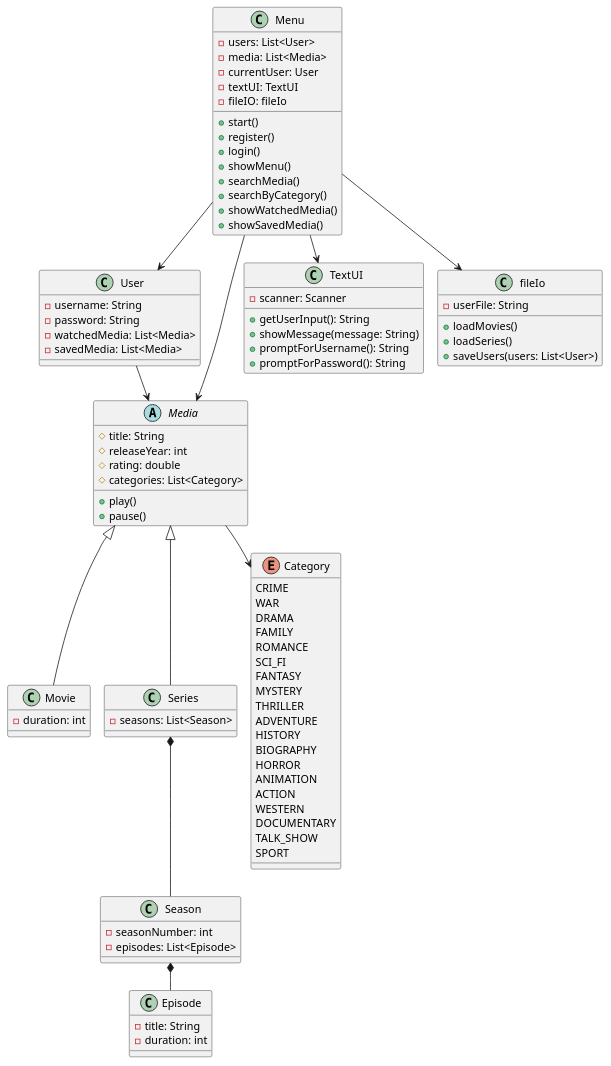
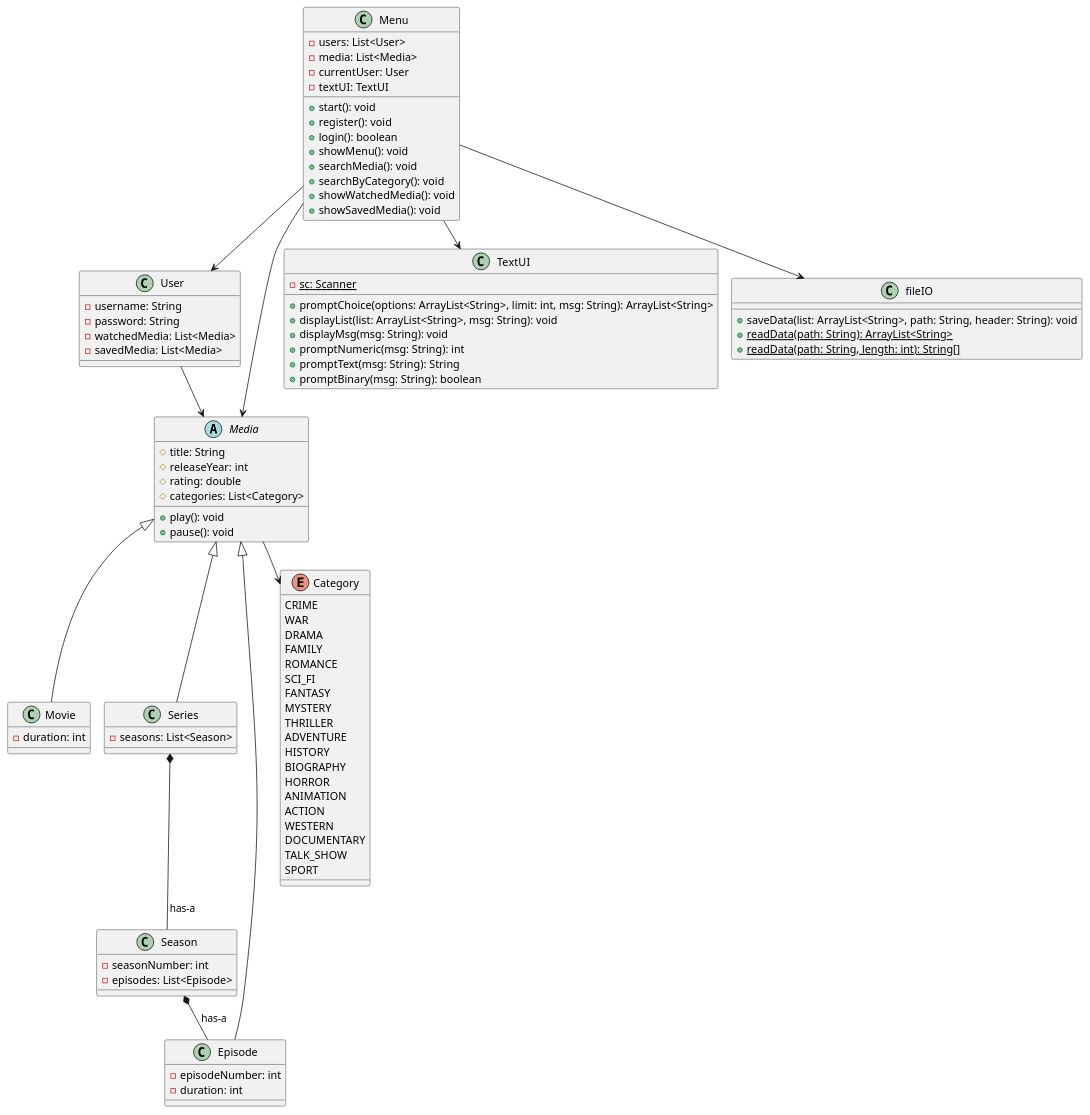
Before and after one commit to daud0095/DAT-1.-semester---SP3-en-streamingtjeneste: the diagram in doc/static/Klassediagramv2.puml, drawn with PlantUML. The commit also changed 2 other files, not shown here.

Commit message:
klassediagram

```diff
--- a/doc/static/Klassediagramv2.puml
+++ b/doc/static/Klassediagramv2.puml
@@ -1,109 +1,113 @@
 @startuml
 !pragma layout smetana
 
 class User {
   - username: String
   - password: String
   - watchedMedia: List<Media>
   - savedMedia: List<Media>
 }
 
 abstract class Media {
   # title: String
   # releaseYear: int
   # rating: double
   # categories: List<Category>
-  + play()
-  +pause()
+  + play(): void
+  +pause(): void
 }
 
 class Movie {
   - duration: int
 }
 
 class Series {
   - seasons: List<Season>
 }
 
 class Season {
   - seasonNumber: int
   - episodes: List<Episode>
 }
 
 class Episode {
-  - title: String
+  - episodeNumber: int
   - duration: int
 }
 
 enum Category {
  CRIME
  WAR
  DRAMA
  FAMILY
  ROMANCE
  SCI_FI
  FANTASY
  MYSTERY
  THRILLER
  ADVENTURE
  HISTORY
  BIOGRAPHY
  HORROR
  ANIMATION
  ACTION
  WESTERN
  DOCUMENTARY
  TALK_SHOW
  SPORT
 }
 
 class Menu {
   - users: List<User>
   - media: List<Media>
   - currentUser: User
   - textUI: TextUI
-  - fileIO: fileIo
-  + start()
-  + register()
-  + login()
-  + showMenu()
-  + searchMedia()
-  + searchByCategory()
-  + showWatchedMedia()
-  + showSavedMedia()
+
+  + start(): void
+  + register(): void
+  + login(): boolean
+  + showMenu(): void
+  + searchMedia(): void
+  + searchByCategory(): void
+  + showWatchedMedia(): void
+  + showSavedMedia(): void
 }
 
 class TextUI {
-  - scanner: Scanner
-  + getUserInput(): String
-  + showMessage(message: String)
-  + promptForUsername(): String
-  + promptForPassword(): String
+  - sc: Scanner {static}
+  + promptChoice(options: ArrayList<String>, limit: int, msg: String): ArrayList<String>
+  + displayList(list: ArrayList<String>, msg: String): void
+  + displayMsg(msg: String): void
+  + promptNumeric(msg: String): int
+  + promptText(msg: String): String
+  + promptBinary(msg: String): boolean
 }
 
-class fileIo {
-  - userFile: String
-  + loadMovies()
-  + loadSeries()
-  + saveUsers(users: List<User>)
+class fileIO {
+    + saveData(list: ArrayList<String>, path: String, header: String): void
+    + readData(path: String): ArrayList<String> {static}
+    + readData(path: String, length: int): String[] {static}
 }
 
 ' Arv
 Media <|-- Movie
 Media <|-- Series
+Media <|-- Episode
+
+
 
 ' Komposition
-Series *-- Season
-Season *-- Episode
+Series *-- Season: has-a
+Season *-- Episode: has-a
 
 ' Association
 User --> Media
 Media --> Category
 Menu --> User
 Menu --> Media
 
 ' Dependency
 Menu --> TextUI
-Menu --> fileIo
+Menu --> fileIO
 
 @enduml
```
